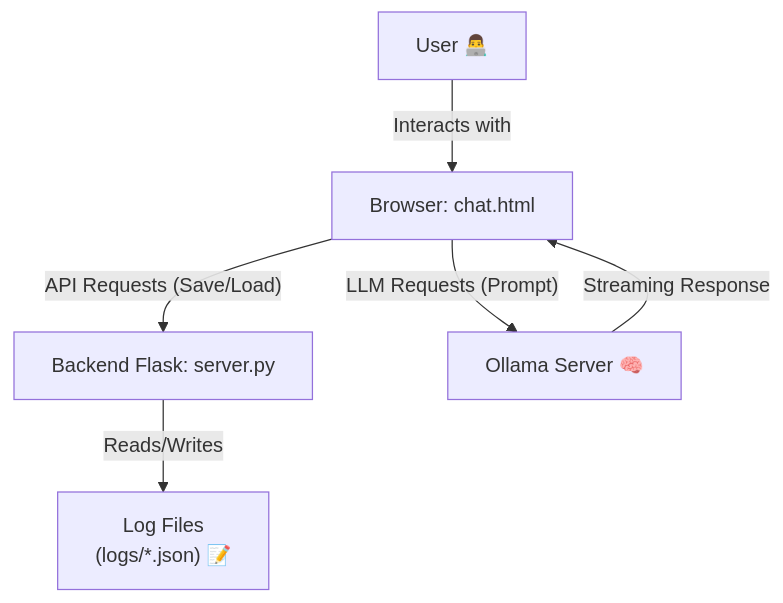
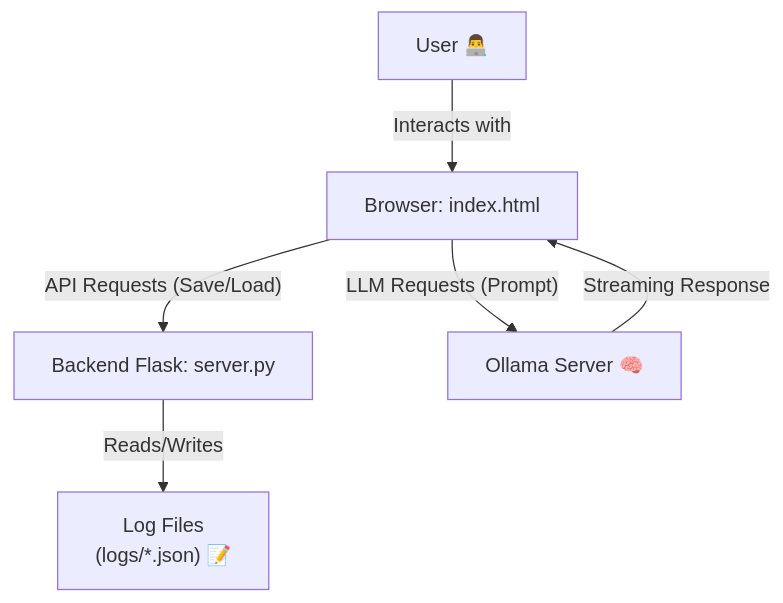
Before and after one commit to nannipy/ollapy: the diagram in README.md, drawn with Mermaid. The commit also changed other lines of this file and 3 other files, not shown here.

````diff
--- a/README.md
+++ b/README.md
@@ -54,8 +43,8 @@
 ```mermaid
 graph TD
-    A[User 👨‍💻] -- Interacts with --> B[Browser: chat.html]
+    A[User 👨‍💻] -- Interacts with --> B[Browser: index.html]
     B -- "API Requests (Save/Load)" --> C[Backend Flask: server.py]
     C -- "Reads/Writes" --> D["Log Files<br/>(logs/*.json) 📝"]
     B -- "LLM Requests (Prompt)" --> E[Ollama Server 🧠]
     E -- "Streaming Response" --> B
 ```
````
